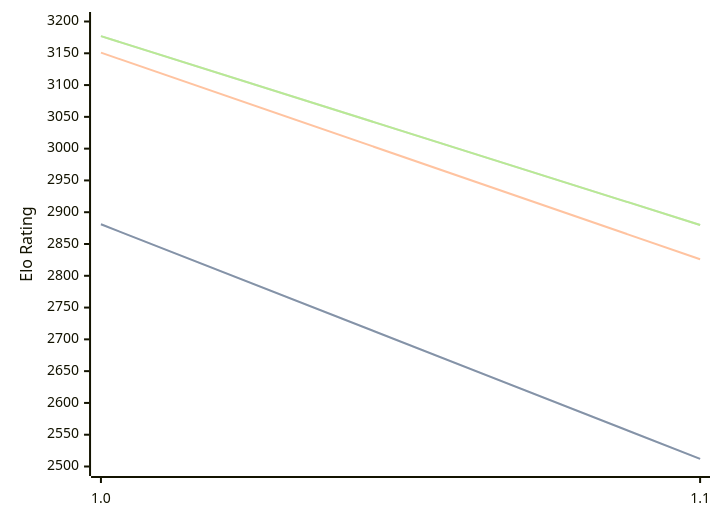
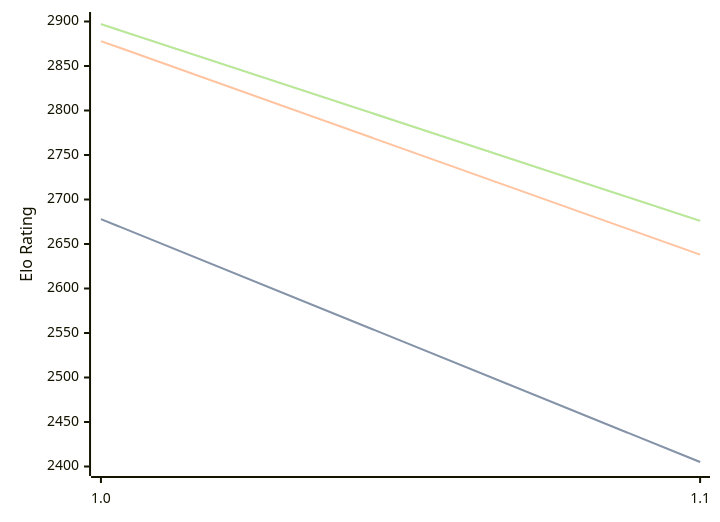
Before and after one commit to computer-chess-index/cci: the diagram in engines/Publius.md, drawn with Mermaid. The commit also changed other lines of this file, not shown here.

Commit message:
Update CCI Ratings (ELO VLTC) - 2026-02-23

````diff
--- a/engines/Publius.md
+++ b/engines/Publius.md
@@ -29,11 +29,11 @@
 ```mermaid
 %%{init: {"theme":"base","themeVariables":{"seriesColors:['#a3a3a3','#222221','#faa371']}}}%%
 xychart-beta
   x-axis ["1.0", "1.1"]
-  y-axis "Elo Rating" 2500 --> 3200
-  line "STC (8.0+0.08s)" [2881, 2512]
-  line "STC (8.0+0.08s)" [2881, 2512]
-  line "LTC (60.0+0.60s)" [3151, 2826]
-  line "VLTC (2m24s+1.12s)" [3177, 2880]
-  line "VLTC (2m24s+1.12s)" [3177, 2880]
+  y-axis "Elo Rating" 2400 --> 2900
+  line "STC (8.0+0.08s)" [2678, 2405]
+  line "STC (8.0+0.08s)" [2678, 2405]
+  line "LTC (60.0+0.60s)" [2878, 2638]
+  line "VLTC (2m24s+1.12s)" [2897, 2676]
+  line "VLTC (2m24s+1.12s)" [2897, 2676]
 ```
````
